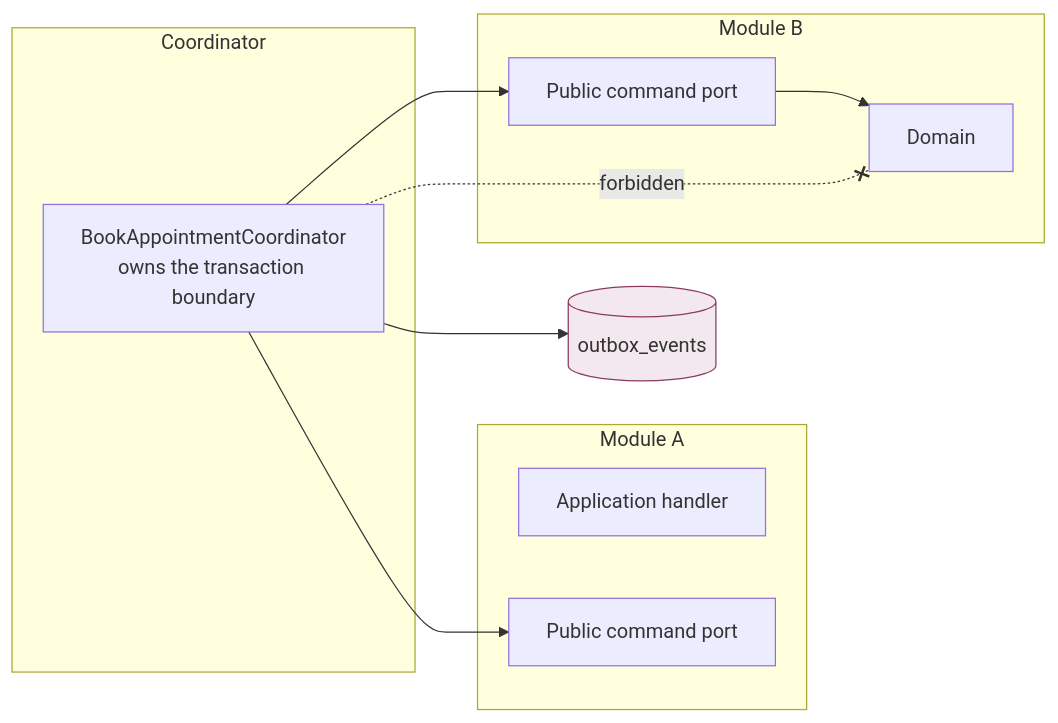
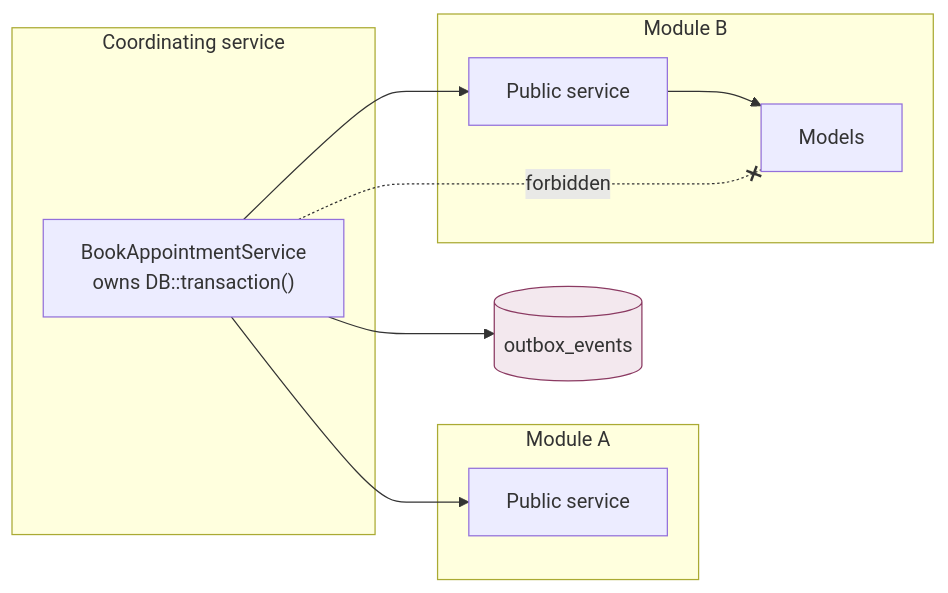
One commit to mahmoudemad68/clinical_system changed the second of 2 diagrams in docs/architecture/c4-component-module-dependency.md. Above: the diagram before and after it, drawn with Mermaid. The commit also changed other lines of this file and 526 other files, not shown here.

````diff
--- a/docs/architecture/c4-component-module-dependency.md
+++ b/docs/architecture/c4-component-module-dependency.md
@@ -76,23 +61,22 @@
 ```mermaid
 flowchart LR
     subgraph A["Module A"]
-        AH["Application handler"]
-        APort["Public command port"]
+        AS["Public service"]
     end
-    subgraph C["Coordinator"]
-        Coord["BookAppointmentCoordinator<br/>owns the transaction boundary"]
+    subgraph C["Coordinating service"]
+        Coord["BookAppointmentService<br/>owns DB::transaction()"]
     end
     subgraph B["Module B"]
-        BPort["Public command port"]
-        BDom["Domain"]
+        BS["Public service"]
+        BM["Models"]
     end
     Outbox[("outbox_events")]
 
-    Coord --> APort
-    Coord --> BPort
-    BPort --> BDom
+    Coord --> AS
+    Coord --> BS
+    BS --> BM
     Coord --> Outbox
-    Coord -. forbidden .-x BDom
+    Coord -. forbidden .-x BM
 
     style Outbox fill:#f3e8ee,stroke:#8b3a62
 ```
````
